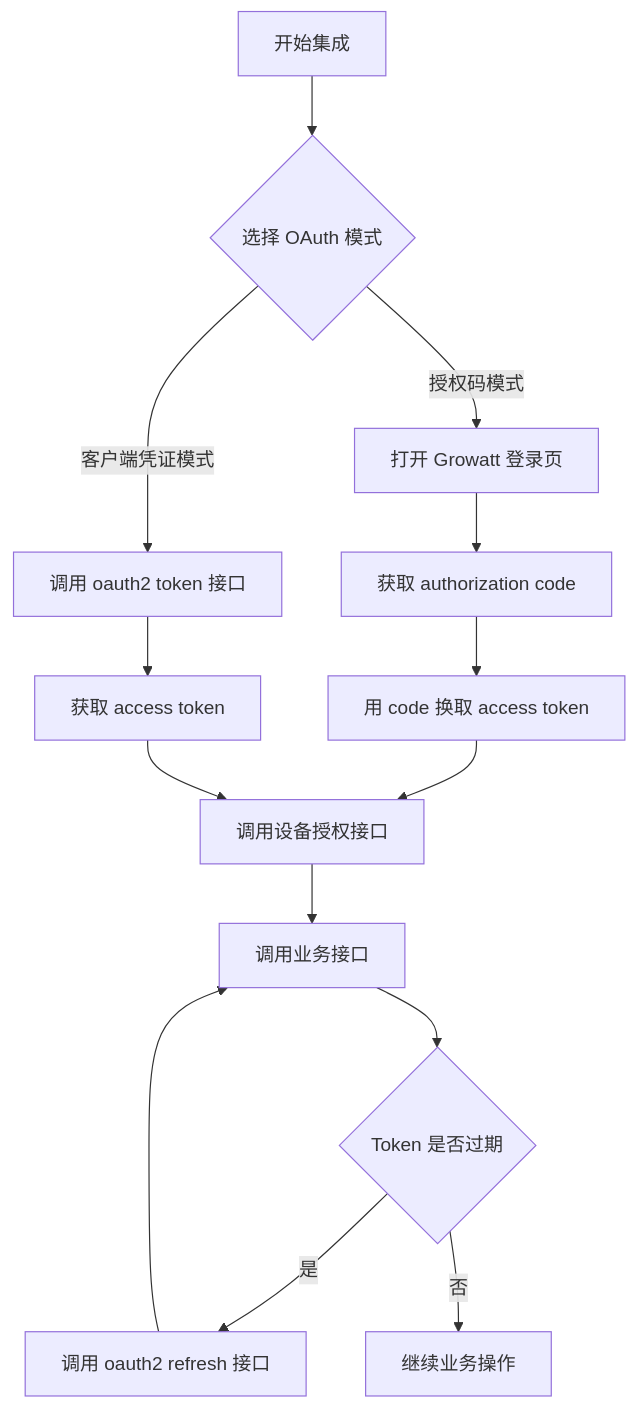
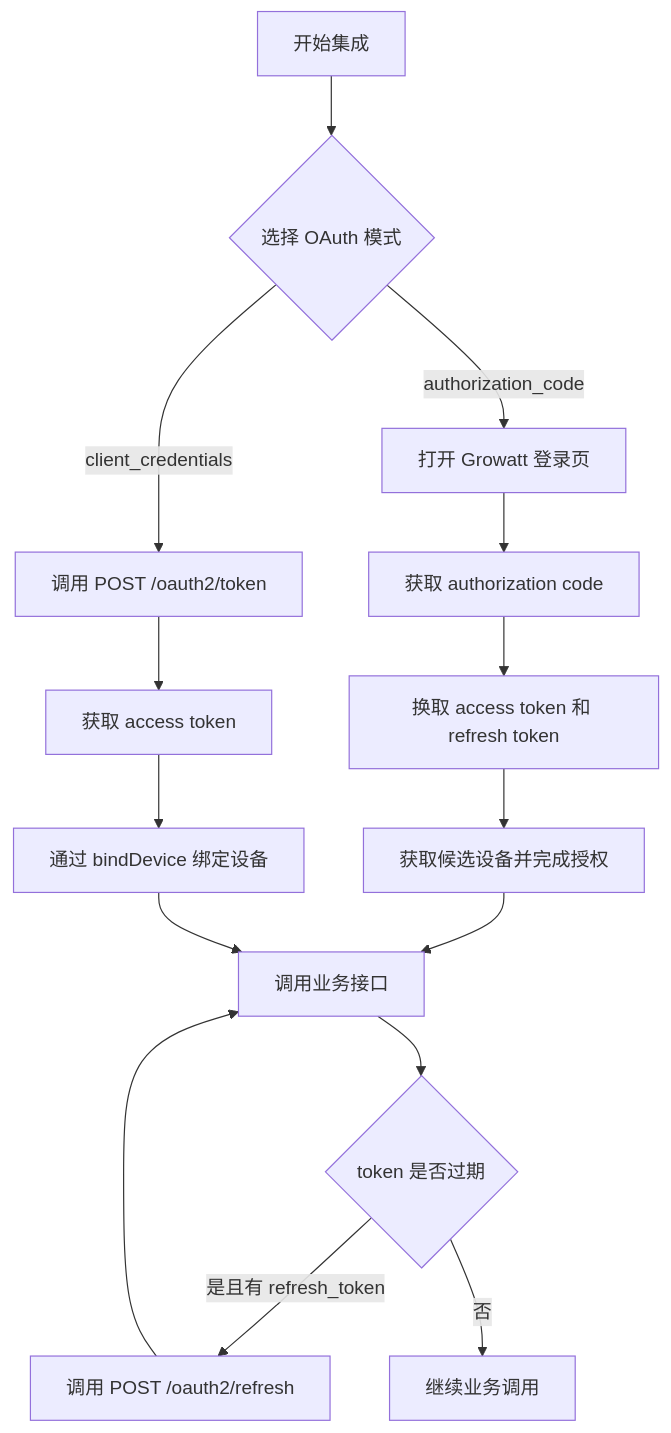
One commit to EugeneJian/growatt-unified-api changed the first of 2 diagrams in Growatt API/OPENAPI.zh-CN/01_authentication.md. Above: the diagram before and after it, drawn with Mermaid. The commit also changed other lines of this file and 26 other files, not shown here.

````diff
--- a/Growatt API/OPENAPI.zh-CN/01_authentication.md
+++ b/Growatt API/OPENAPI.zh-CN/01_authentication.md
@@ -7,17 +9,18 @@
 ```mermaid
 %% 本代码严格遵循AI生成Mermaid代码的终极准则v4.1（Mermaid终极大师）
 flowchart TD
     A["开始集成"] --> B{"选择 OAuth 模式"}
-    B -->|"授权码模式"| C["打开 Growatt 登录页"]
-    B -->|"客户端凭证模式"| D["调用 oauth2 token 接口"]
+    B -->|"authorization_code"| C["打开 Growatt 登录页"]
+    B -->|"client_credentials"| D["调用 POST /oauth2/token"]
     C --> E["获取 authorization code"]
-    E --> F["用 code 换取 access token"]
+    E --> F["换取 access token 和 refresh token"]
     D --> G["获取 access token"]
-    F --> H["调用设备授权接口"]
-    G --> H
-    H --> I["调用业务接口"]
-    I --> J{"Token 是否过期"}
-    J -->|"是"| K["调用 oauth2 refresh 接口"]
-    K --> I
-    J -->|"否"| L["继续业务操作"]
+    F --> H["获取候选设备并完成授权"]
+    G --> I["通过 bindDevice 绑定设备"]
+    H --> J["调用业务接口"]
+    I --> J
+    J --> K{"token 是否过期"}
+    K -->|"是且有 refresh_token"| L["调用 POST /oauth2/refresh"]
+    K -->|"否"| M["继续业务调用"]
+    L --> J
 ```
````
